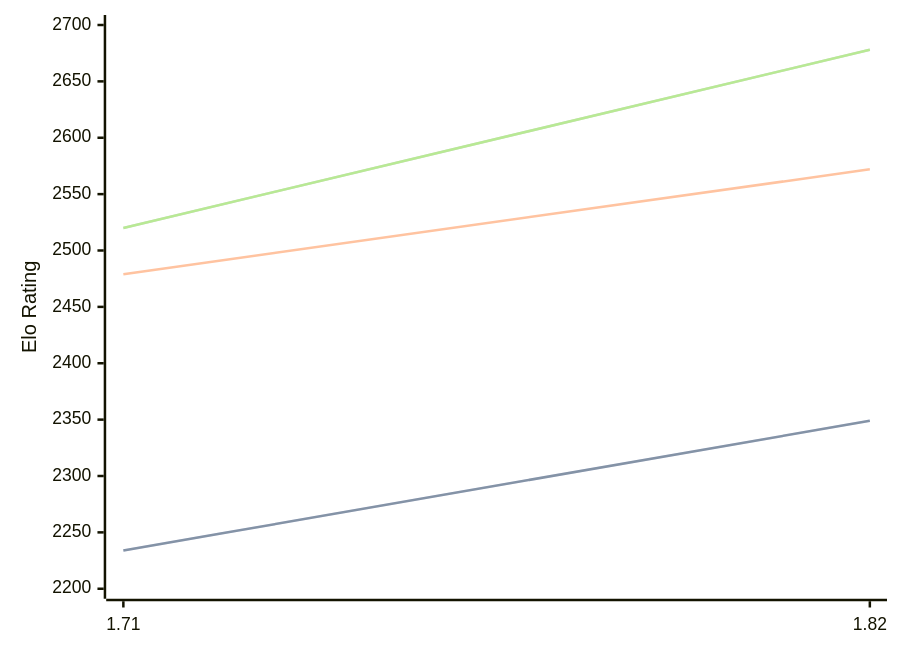
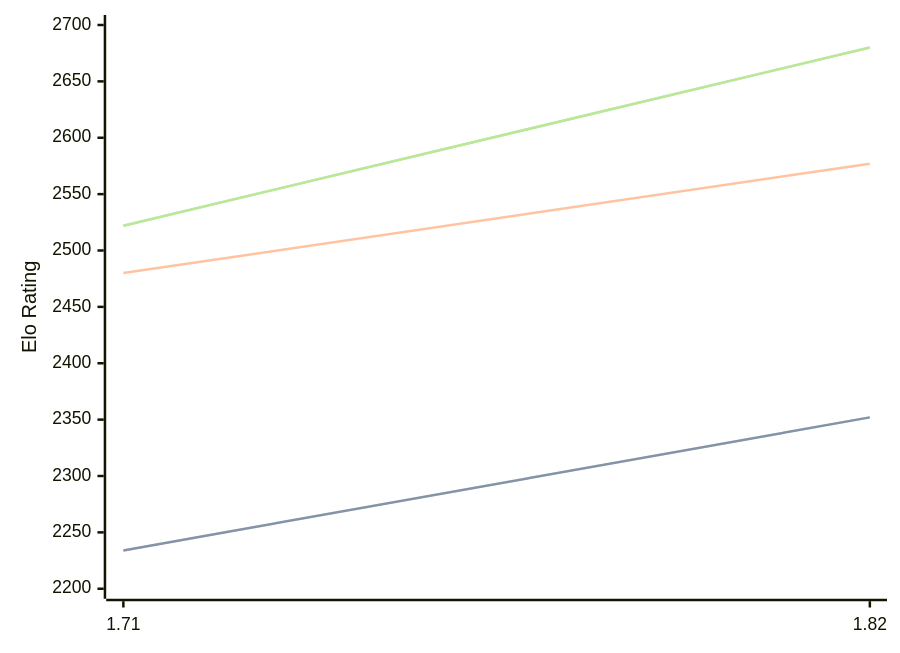
Before and after one commit to computer-chess-index/cci: the diagram in engines/Amira.md, drawn with Mermaid. The commit also changed other lines of this file, not shown here.

Commit message:
Update CCI Ratings (ELO VLTC) - 2026-05-14

````diff
--- a/engines/Amira.md
+++ b/engines/Amira.md
@@ -35,11 +35,11 @@
 ```mermaid
 %%{init: {"theme":"base","themeVariables":{"seriesColors:['#a3a3a3','#222221','#faa371']}}}%%
 xychart-beta
   x-axis ["1.71", "1.82"]
   y-axis "Elo Rating" 2200 --> 2700
-  line "STC (8.0+0.08s)" [2234, 2349]
-  line "STC (8.0+0.08s)" [2234, 2349]
-  line "LTC (60.0+0.60s)" [2479, 2572]
-  line "VLTC (2m24s+1.12s)" [2520, 2678]
-  line "VLTC (2m24s+1.12s)" [2520, 2678]
+  line "STC (8.0+0.08s)" [2234, 2352]
+  line "STC (8.0+0.08s)" [2234, 2352]
+  line "LTC (60.0+0.60s)" [2480, 2577]
+  line "VLTC (2m24s+1.12s)" [2522, 2680]
+  line "VLTC (2m24s+1.12s)" [2522, 2680]
 ```
````
